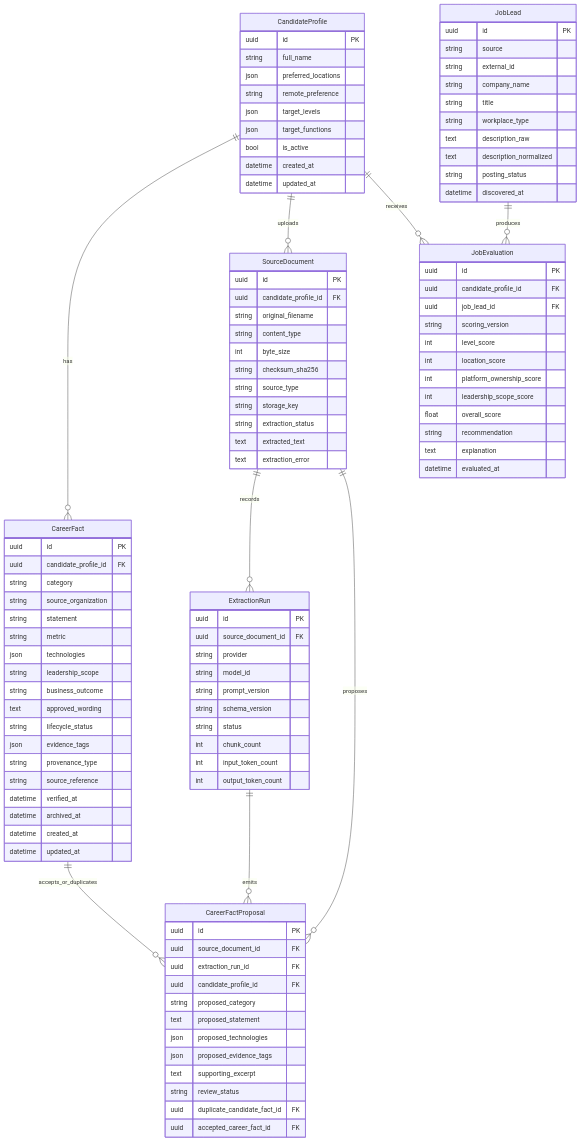
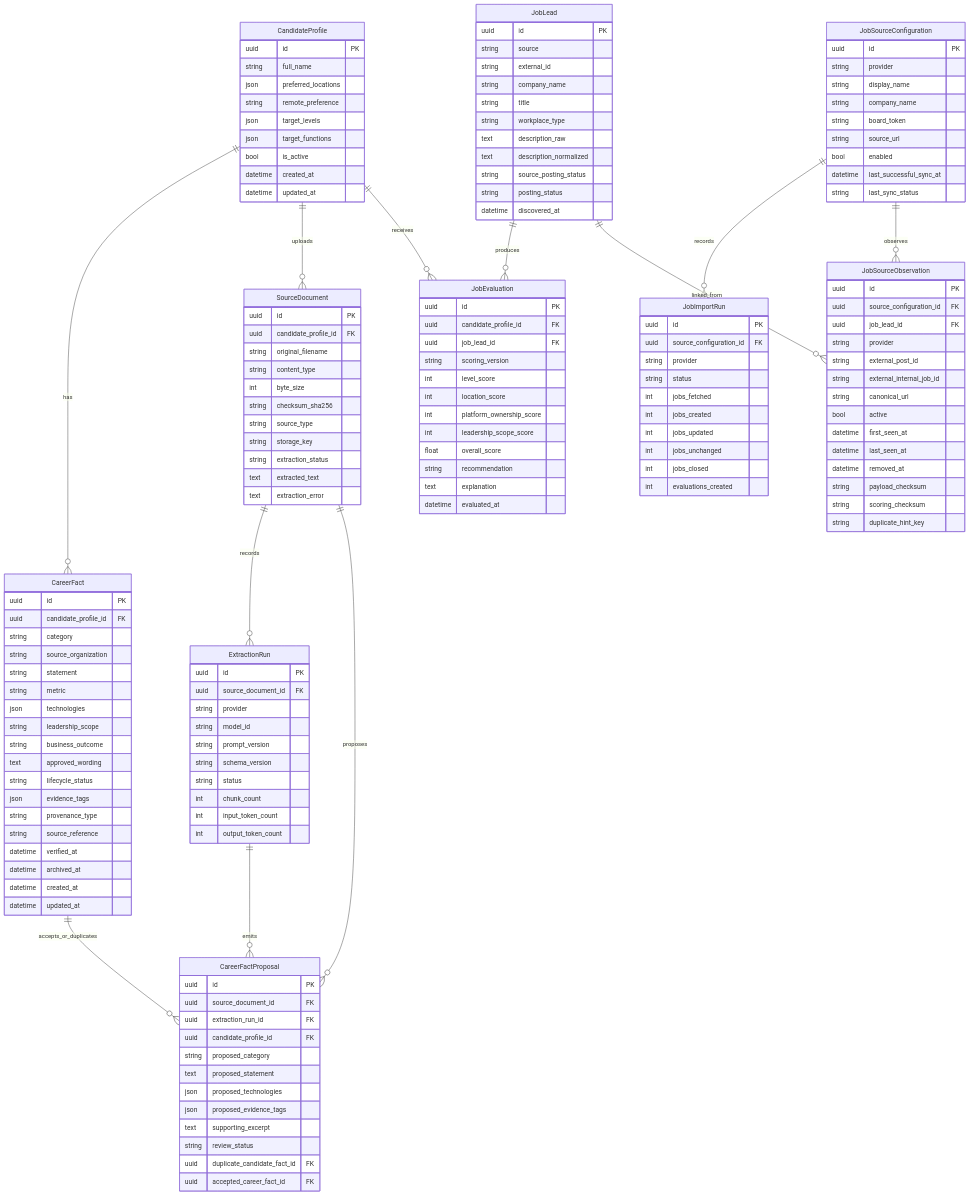
Before and after one commit to radiation/ai-job-assistant: the diagram in docs/architecture.md, drawn with Mermaid. The commit also changed other lines of this file and 37 other files, not shown here.

```diff
--- a/docs/architecture.md
+++ b/docs/architecture.md
@@ -34,6 +37,9 @@
     CareerFact ||--o{ CareerFactProposal : accepts_or_duplicates
     CandidateProfile ||--o{ JobEvaluation : receives
     JobLead ||--o{ JobEvaluation : produces
+    JobSourceConfiguration ||--o{ JobImportRun : records
+    JobSourceConfiguration ||--o{ JobSourceObservation : observes
+    JobLead ||--o{ JobSourceObservation : linked_from
 
     CandidateProfile {
         uuid id PK
@@ -119,8 +125,51 @@
         string workplace_type
         text description_raw
         text description_normalized
+        string source_posting_status
         string posting_status
         datetime discovered_at
+    }
+
+    JobSourceConfiguration {
+        uuid id PK
+        string provider
+        string display_name
+        string company_name
+        string board_token
+        string source_url
+        bool enabled
+        datetime last_successful_sync_at
+        string last_sync_status
+    }
+
+    JobImportRun {
+        uuid id PK
+        uuid source_configuration_id FK
+        string provider
+        string status
+        int jobs_fetched
+        int jobs_created
+        int jobs_updated
+        int jobs_unchanged
+        int jobs_closed
+        int evaluations_created
+    }
+
+    JobSourceObservation {
+        uuid id PK
+        uuid source_configuration_id FK
+        uuid job_lead_id FK
+        string provider
+        string external_post_id
+        string external_internal_job_id
+        string canonical_url
+        bool active
+        datetime first_seen_at
+        datetime last_seen_at
+        datetime removed_at
+        string payload_checksum
+        string scoring_checksum
+        string duplicate_hint_key
     }
 
     JobEvaluation {
```
